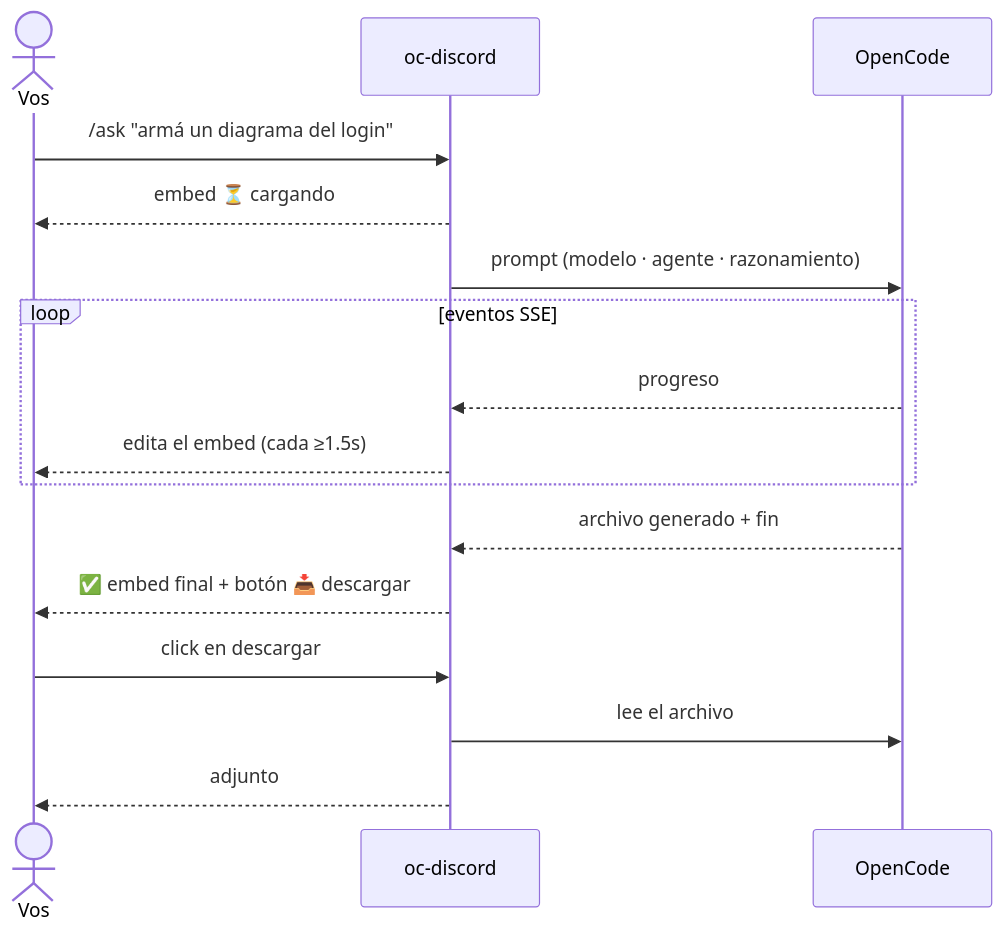
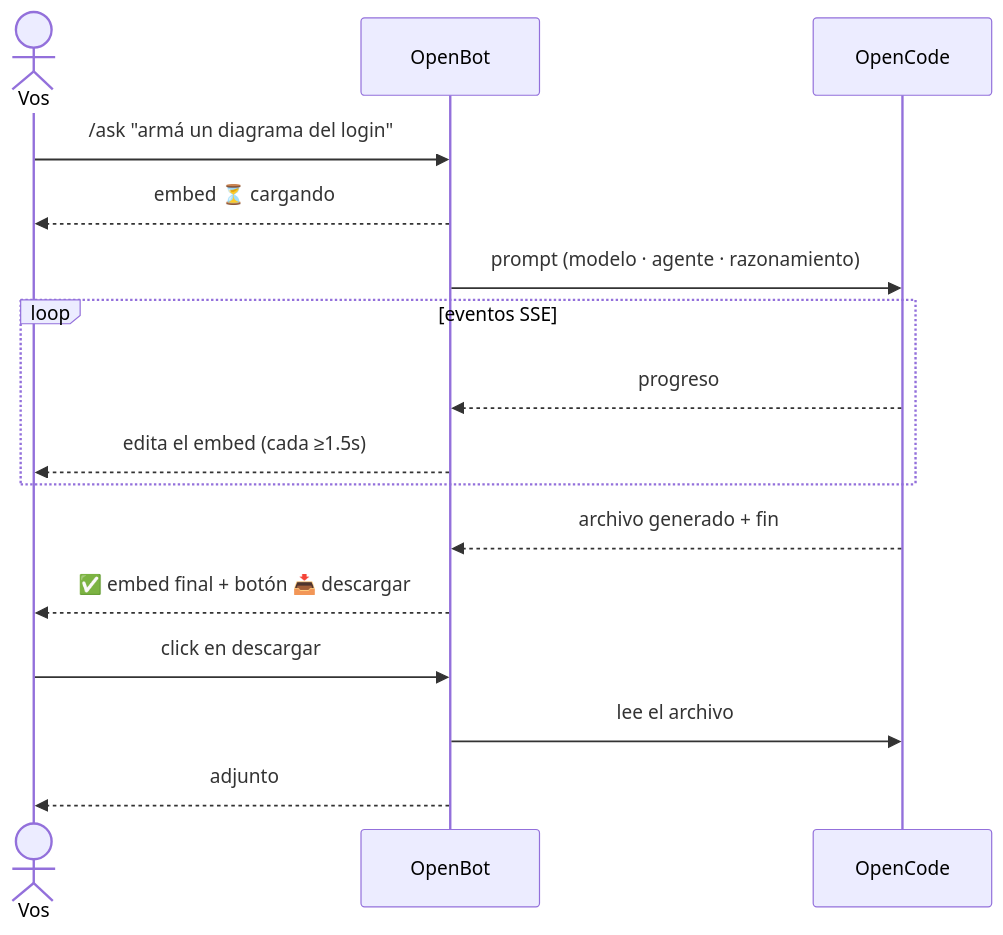
One commit to GiannBott/OpenBot changed the third of 5 diagrams in README.md. Above: the diagram before and after it, drawn with Mermaid. The commit also changed other lines of this file and 4511 other files, not shown here.

````diff
--- a/README.md
+++ b/README.md
@@ -83,18 +83,18 @@
 ```mermaid
 sequenceDiagram
     actor U as Vos
-    participant B as oc-discord
+    participant B as OpenBot
     participant S as OpenCode
     U->>B: /ask "armá un diagrama del login"
     B-->>U: embed ⏳ cargando
     B->>S: prompt (modelo · agente · razonamiento)
     loop eventos SSE
         S-->>B: progreso
         B-->>U: edita el embed (cada ≥1.5s)
     end
     S-->>B: archivo generado + fin
     B-->>U: ✅ embed final + botón 📥 descargar
     U->>B: click en descargar
     B->>S: lee el archivo
     B-->>U: adjunto
 ```
````
